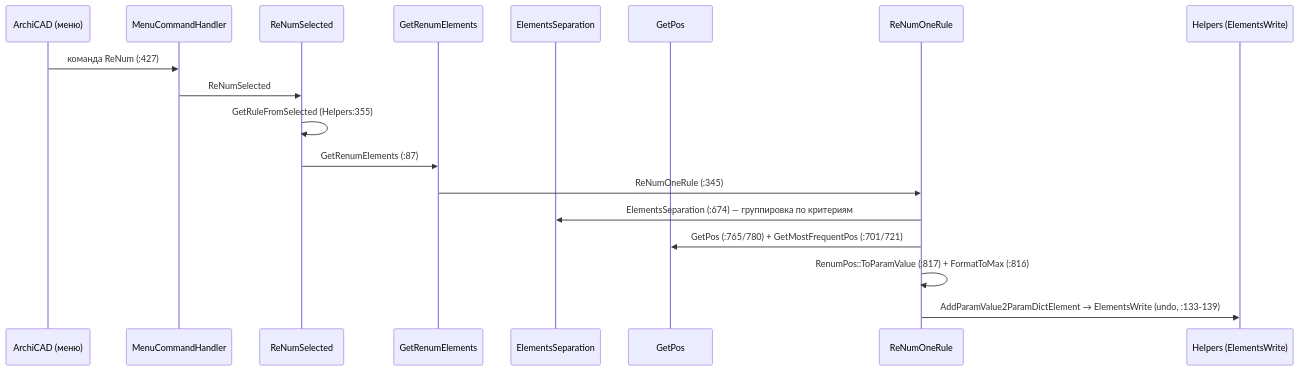
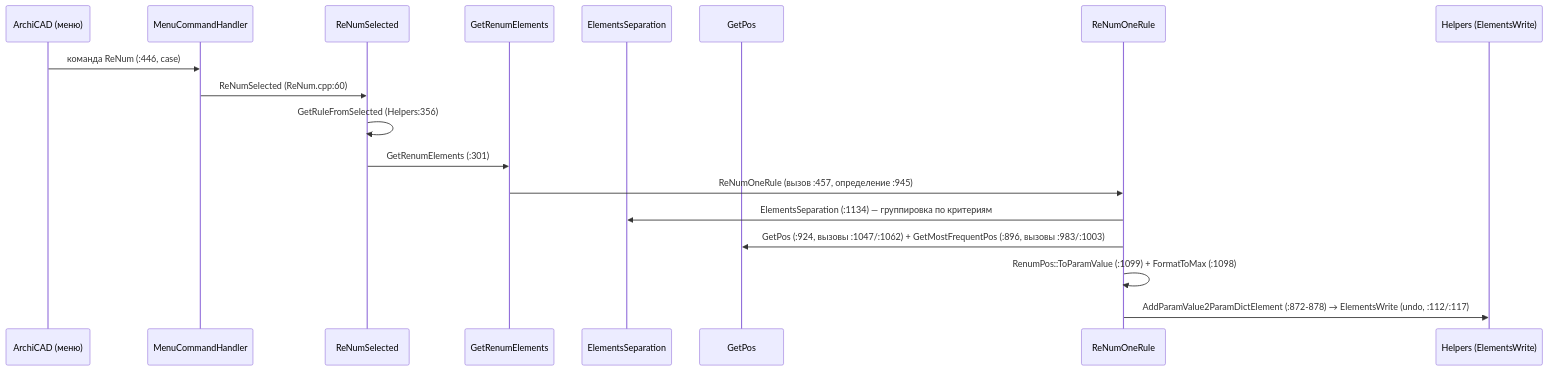
Before and after one commit to kuvbur/AddOn_SomeStuff: the fourth of 11 diagrams in Docs/SEQUENCES.md, drawn with Mermaid. The commit also changed other lines of this file and 122 other files, not shown here.

````diff
--- a/Docs/SEQUENCES.md
+++ b/Docs/SEQUENCES.md
@@ -85,21 +88,21 @@
 ```mermaid
 sequenceDiagram
     participant UI as ArchiCAD (меню)
     participant Main as MenuCommandHandler
     participant RS as ReNumSelected
     participant GE as GetRenumElements
     participant ES as ElementsSeparation
     participant GP as GetPos
     participant ROR as ReNumOneRule
     participant H as Helpers (ElementsWrite)
 
-    UI->>Main: команда ReNum (:427)
-    Main->>RS: ReNumSelected
-    RS->>RS: GetRuleFromSelected (Helpers:355)
-    RS->>GE: GetRenumElements (:87)
-    GE->>ROR: ReNumOneRule (:345)
-    ROR->>ES: ElementsSeparation (:674) — группировка по критериям
-    ROR->>GP: GetPos (:765/780) + GetMostFrequentPos (:701/721)
-    ROR->>ROR: RenumPos::ToParamValue (:817) + FormatToMax (:816)
-    ROR->>H: AddParamValue2ParamDictElement → ElementsWrite (undo, :133-139)
+    UI->>Main: команда ReNum (:446, case)
+    Main->>RS: ReNumSelected (ReNum.cpp:60)
+    RS->>RS: GetRuleFromSelected (Helpers:356)
+    RS->>GE: GetRenumElements (:301)
+    GE->>ROR: ReNumOneRule (вызов :457, определение :945)
+    ROR->>ES: ElementsSeparation (:1134) — группировка по критериям
+    ROR->>GP: GetPos (:924, вызовы :1047/:1062) + GetMostFrequentPos (:896, вызовы :983/:1003)
+    ROR->>ROR: RenumPos::ToParamValue (:1099) + FormatToMax (:1098)
+    ROR->>H: AddParamValue2ParamDictElement (:872-878) → ElementsWrite (undo, :112/:117)
 ```
````
